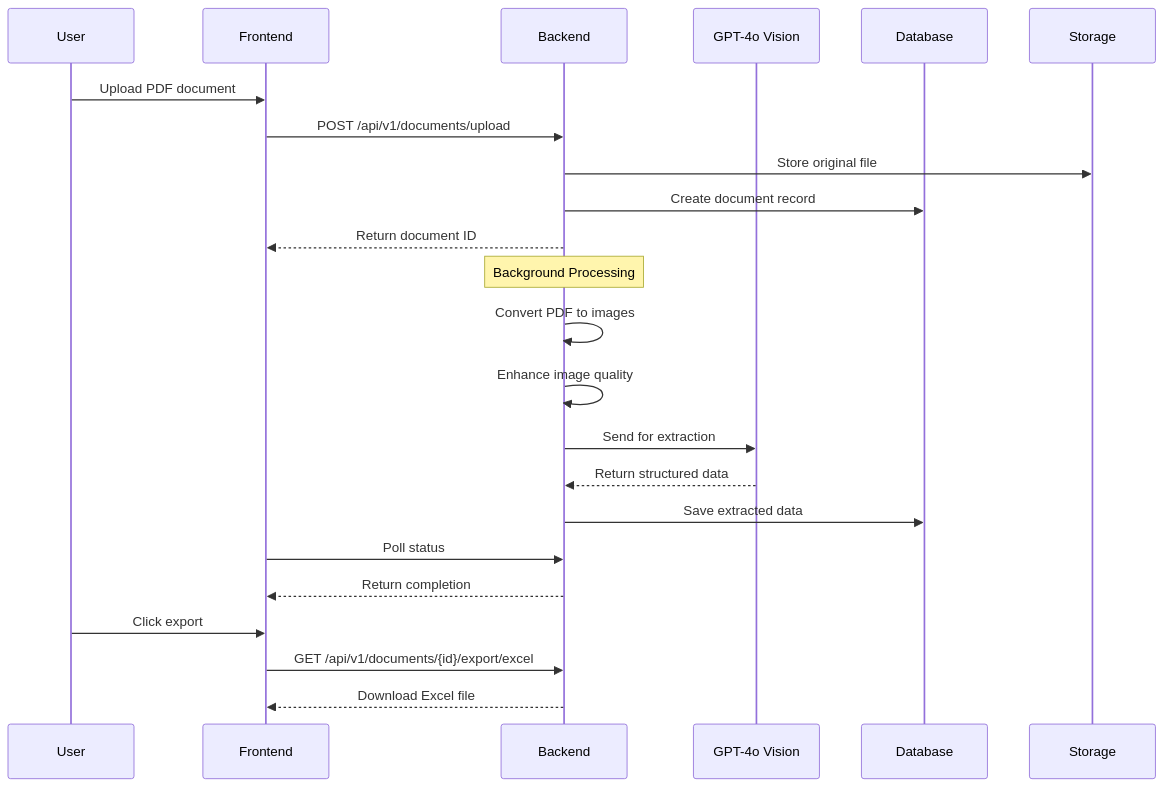
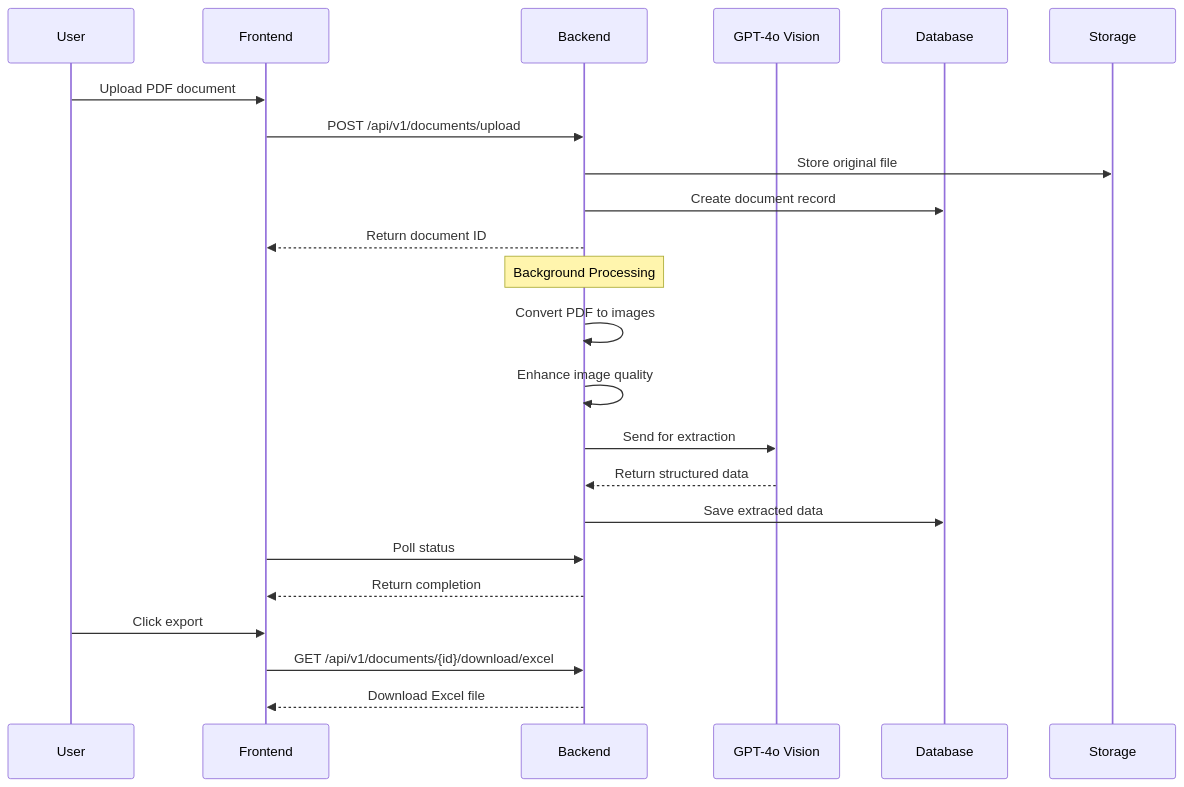
One commit to Morlock52/ai-document-processor changed the second of 3 diagrams in docs/INSTRUCTION_MANUAL.md. Above: the diagram before and after it, drawn with Mermaid. The commit also changed other lines of this file and 6 other files, not shown here.

````diff
--- a/docs/INSTRUCTION_MANUAL.md
+++ b/docs/INSTRUCTION_MANUAL.md
@@ -354,28 +354,28 @@
 ```mermaid
 sequenceDiagram
     participant U as User
     participant FE as Frontend
     participant BE as Backend
     participant AI as GPT-4o Vision
     participant DB as Database
     participant S3 as Storage
 
     U->>FE: Upload PDF document
     FE->>BE: POST /api/v1/documents/upload
     BE->>S3: Store original file
     BE->>DB: Create document record
     BE-->>FE: Return document ID
 
     Note over BE: Background Processing
     BE->>BE: Convert PDF to images
     BE->>BE: Enhance image quality
     BE->>AI: Send for extraction
     AI-->>BE: Return structured data
     BE->>DB: Save extracted data
 
     FE->>BE: Poll status
     BE-->>FE: Return completion
     U->>FE: Click export
-    FE->>BE: GET /api/v1/documents/{id}/export/excel
+    FE->>BE: GET /api/v1/documents/{id}/download/excel
     BE-->>FE: Download Excel file
 ```
````
